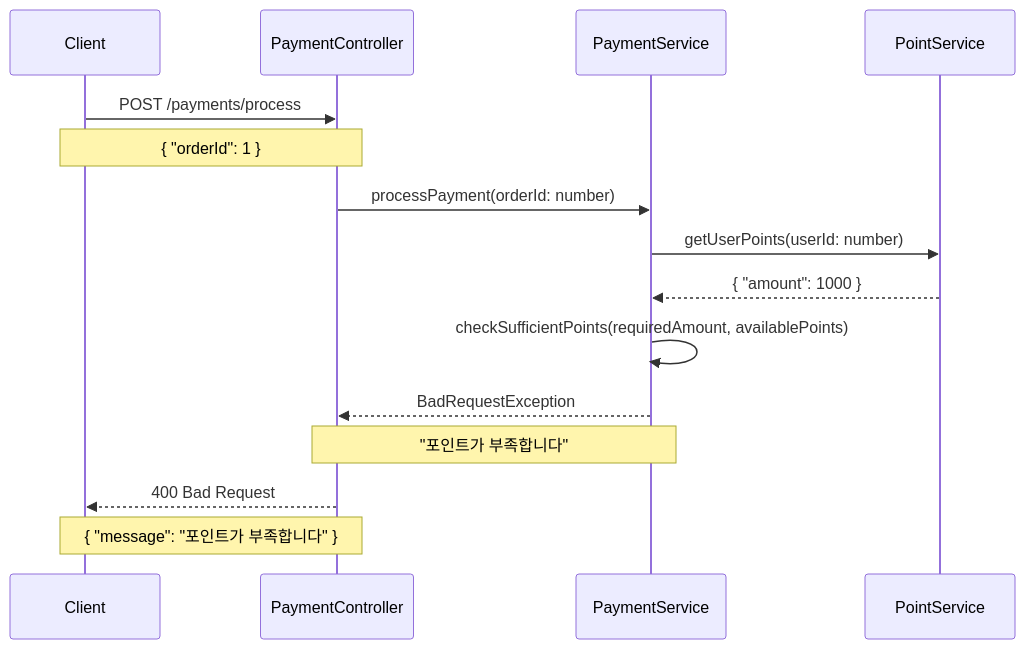
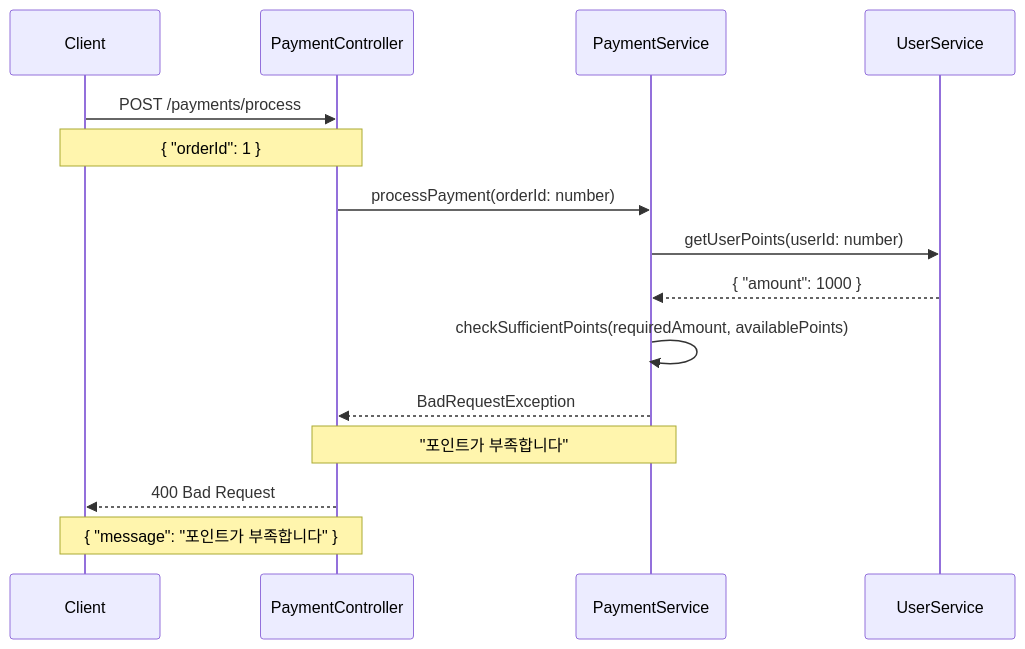
Before and after one commit to seuthootDev/hanghae-plus-backend: diagram 11 of 11 in docs/SequenceDiagrams.md, drawn with Mermaid. The commit also changed other lines of this file and 1 other file, not shown here.

Commit message:
docs: api 명세서, 시퀀스 다이어그램 수정 api 명세서를 rest api에 맞게 수정 후, 시퀀스는 api 명세서에 명세된 api 기능들로 구성함

````diff
--- a/docs/SequenceDiagrams.md
+++ b/docs/SequenceDiagrams.md
@@ -395,21 +304,21 @@
 ```mermaid
 sequenceDiagram
     participant Client
     participant PaymentController
     participant PaymentService
-    participant PointService
+    participant UserService
 
     Client->>PaymentController: POST /payments/process
     Note over Client,PaymentController: { "orderId": 1 }
     
     PaymentController->>PaymentService: processPayment(orderId: number)
-    PaymentService->>PointService: getUserPoints(userId: number)
-    PointService-->>PaymentService: { "amount": 1000 }
+    PaymentService->>UserService: getUserPoints(userId: number)
+    UserService-->>PaymentService: { "amount": 1000 }
     
     PaymentService->>PaymentService: checkSufficientPoints(requiredAmount, availablePoints)
     PaymentService-->>PaymentController: BadRequestException
     Note over PaymentService,PaymentController: "포인트가 부족합니다"
     
     PaymentController-->>Client: 400 Bad Request
     Note over Client,PaymentController: { "message": "포인트가 부족합니다" }
 ``` 
````
